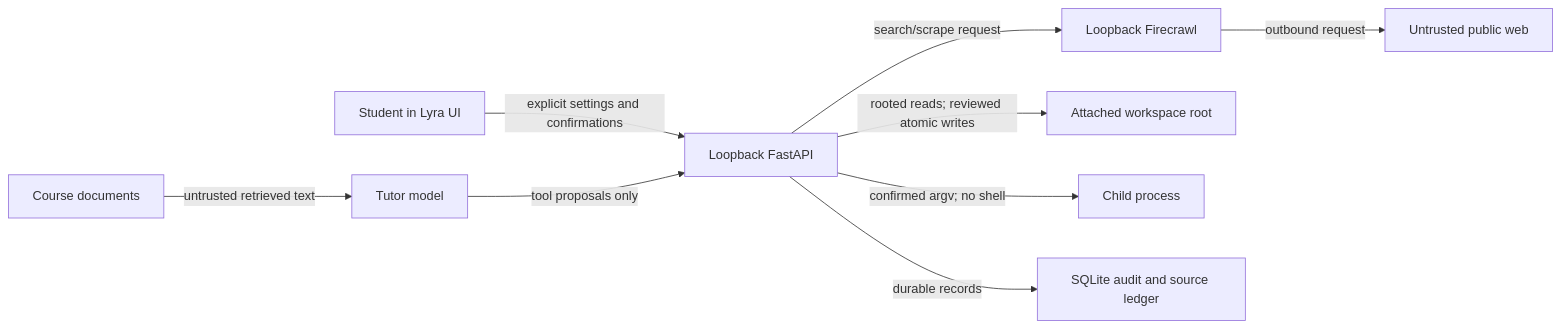
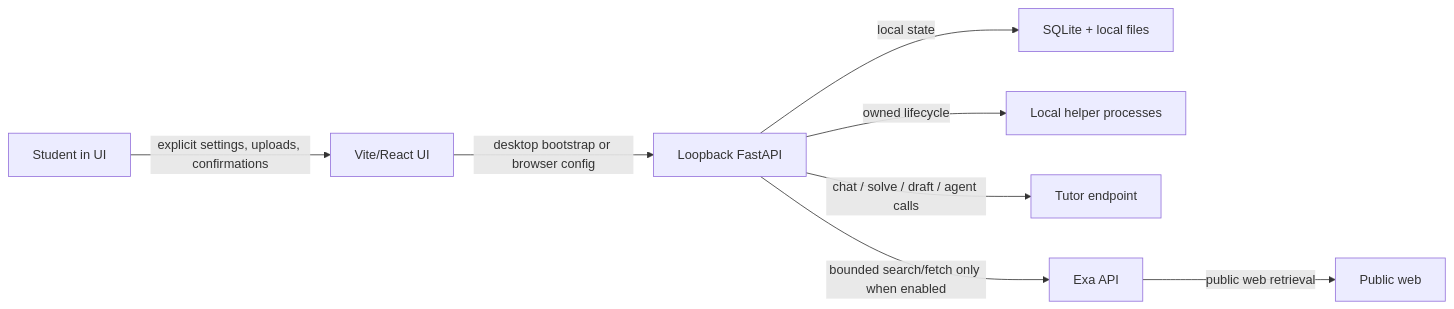
One commit to oliverdougherC/Lyra changed the diagram in docs/phase-4-threat-model.md. Above: the diagram before and after it, drawn with Mermaid. The commit also changed other lines of this file and 240 other files, not shown here.

First line of the commit message:
PLA-158: migrate Lyra to Tauri, Vite, Exa, and packaged Python (#62)

````diff
--- a/docs/phase-4-threat-model.md
+++ b/docs/phase-4-threat-model.md
@@ -68,11 +44,10 @@
 ```mermaid
 flowchart LR
-    U["Student in Lyra UI"] -->|explicit settings and confirmations| B["Loopback FastAPI"]
-    M["Tutor model"] -->|tool proposals only| B
-    D["Course documents"] -->|untrusted retrieved text| M
-    B -->|search/scrape request| F["Loopback Firecrawl"]
-    F -->|outbound request| W["Untrusted public web"]
-    B -->|rooted reads; reviewed atomic writes| R["Attached workspace root"]
-    B -->|confirmed argv; no shell| P["Child process"]
-    B -->|durable records| S["SQLite audit and source ledger"]
+    U["Student in UI"] -->|explicit settings, uploads, confirmations| F["Vite/React UI"]
+    F -->|desktop bootstrap or browser config| B["Loopback FastAPI"]
+    B -->|local state| S["SQLite + local files"]
+    B -->|owned lifecycle| H["Local helper processes"]
+    B -->|chat / solve / draft / agent calls| T["Tutor endpoint"]
+    B -->|bounded search/fetch only when enabled| E["Exa API"]
+    E -->|public web retrieval| W["Public web"]
 ```
````
